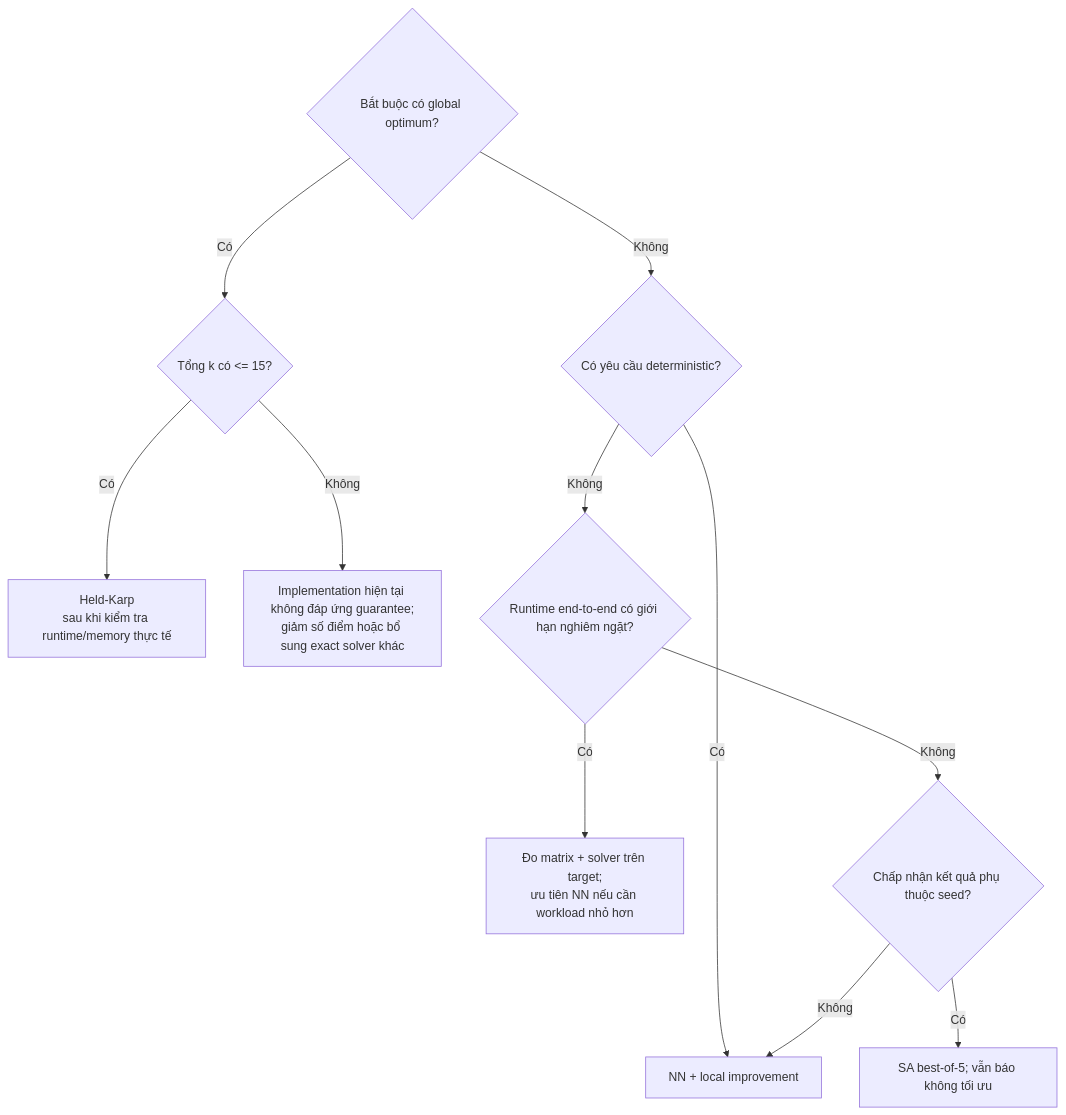
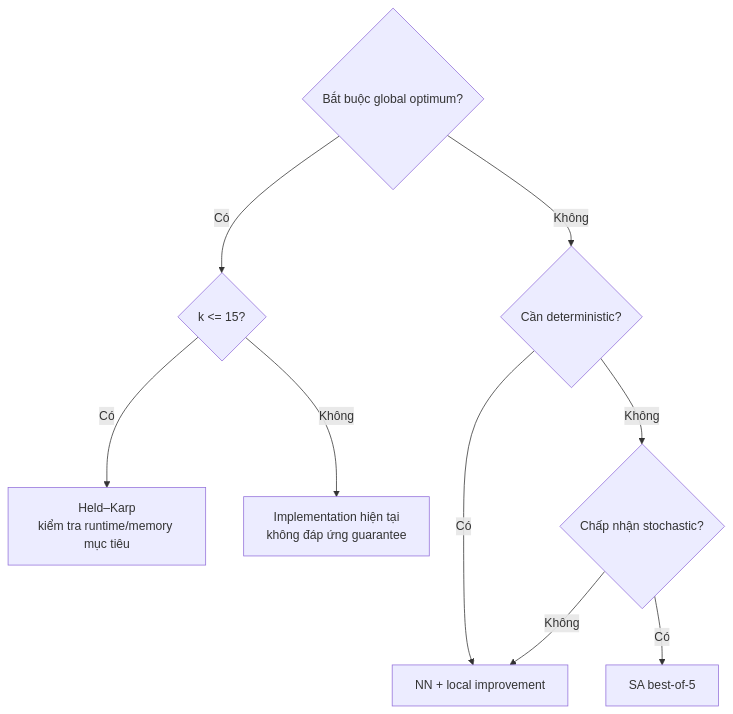
One commit to ThaiQuangHuy2906/Lab1_Searching changed the second of 2 diagrams in report_algorithm.md. Above: the diagram before and after it, drawn with Mermaid. The commit also changed other lines of this file, not shown here.

````diff
--- a/report_algorithm.md
+++ b/report_algorithm.md
@@ -623,14 +1151,12 @@
 ```mermaid
 flowchart TD
-    A{"Bắt buộc có global optimum?"}
-    A -->|Có| B{"Tổng k có <= 15?"}
-    B -->|Có| C["Held-Karp<br/>sau khi kiểm tra runtime/memory thực tế"]
-    B -->|Không| D["Implementation hiện tại không đáp ứng guarantee;<br/>giảm số điểm hoặc bổ sung exact solver khác"]
-A -->|Không| E{"Có yêu cầu deterministic?"}
+    A{"Bắt buộc global optimum?"}
+    A -->|Có| B{"k <= 15?"}
+    B -->|Có| C["Held–Karp<br/>kiểm tra runtime/memory mục tiêu"]
+    B -->|Không| D["Implementation hiện tại<br/>không đáp ứng guarantee"]
+    A -->|Không| E{"Cần deterministic?"}
     E -->|Có| F["NN + local improvement"]
-    E -->|Không| G{"Runtime end-to-end có giới hạn nghiêm ngặt?"}
-    G -->|Có| H["Đo matrix + solver trên target;<br/>ưu tiên NN nếu cần workload nhỏ hơn"]
-    G -->|Không| I{"Chấp nhận kết quả phụ thuộc seed?"}
-    I -->|Có| J["SA best-of-5; vẫn báo không tối ưu"]
-    I -->|Không| F
+    E -->|Không| G{"Chấp nhận stochastic?"}
+    G -->|Có| H["SA best-of-5"]
+    G -->|Không| F
 ```
````
